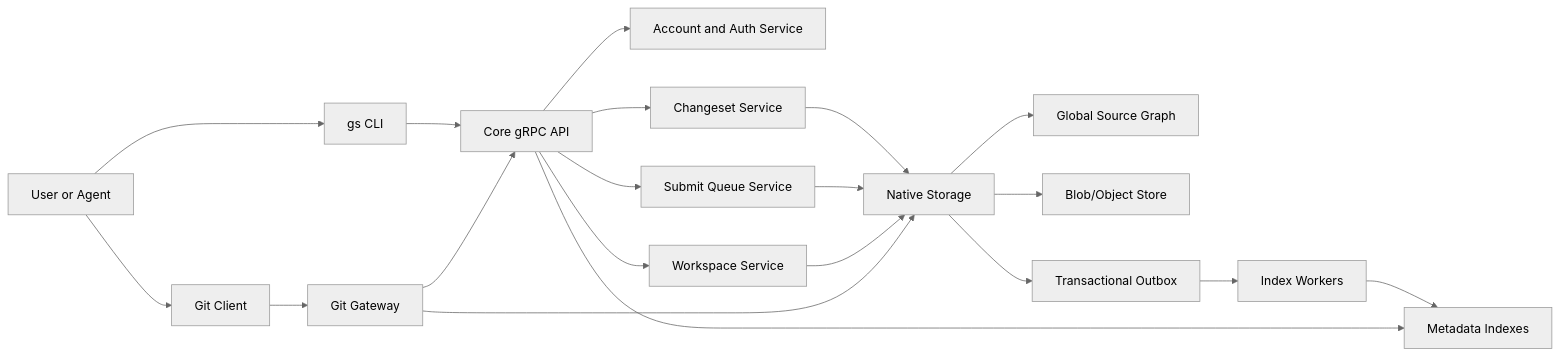
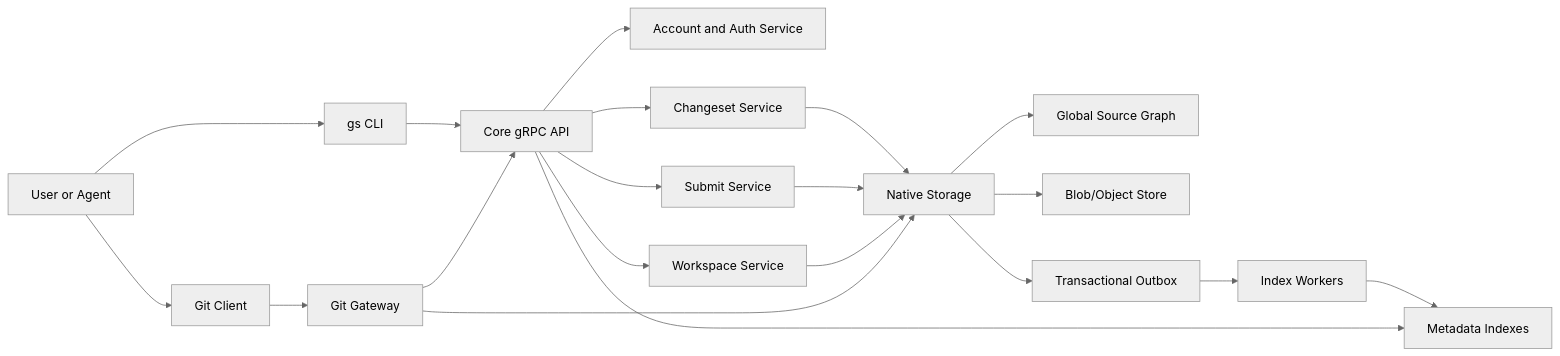
The diagram in design/01_gitslice_architecture_design.md (gitslice-io/gitslice), drawn with Mermaid (neutral theme) before and after one commit. The commit also changed other lines of this file and 8 other files, not shown here.

Commit message:
docs: refine MVP storage and submit design

````diff
--- a/design/01_gitslice_architecture_design.md
+++ b/design/01_gitslice_architecture_design.md
@@ -44,28 +47,28 @@
 ```mermaid
 flowchart LR
   User[User or Agent] --> CLI[gs CLI]
   User --> Git[Git Client]
 
   CLI --> Core[Core gRPC API]
   Git --> Gateway[Git Gateway]
   Gateway --> Core
 
   Core --> Auth[Account and Auth Service]
   Core --> Changesets[Changeset Service]
-  Core --> Queue[Submit Queue Service]
+  Core --> Submit[Submit Service]
   Core --> Workspace[Workspace Service]
 
   Changesets --> Storage[Native Storage]
-  Queue --> Storage
+  Submit --> Storage
   Workspace --> Storage
   Gateway --> Storage
 
   Storage --> Graph[Global Source Graph]
   Storage --> Objects[Blob/Object Store]
   Storage --> Outbox[Transactional Outbox]
 
   Outbox --> Indexers[Index Workers]
   Indexers --> MetadataIndexes[Metadata Indexes]
 
   Core --> MetadataIndexes
 ```
````
